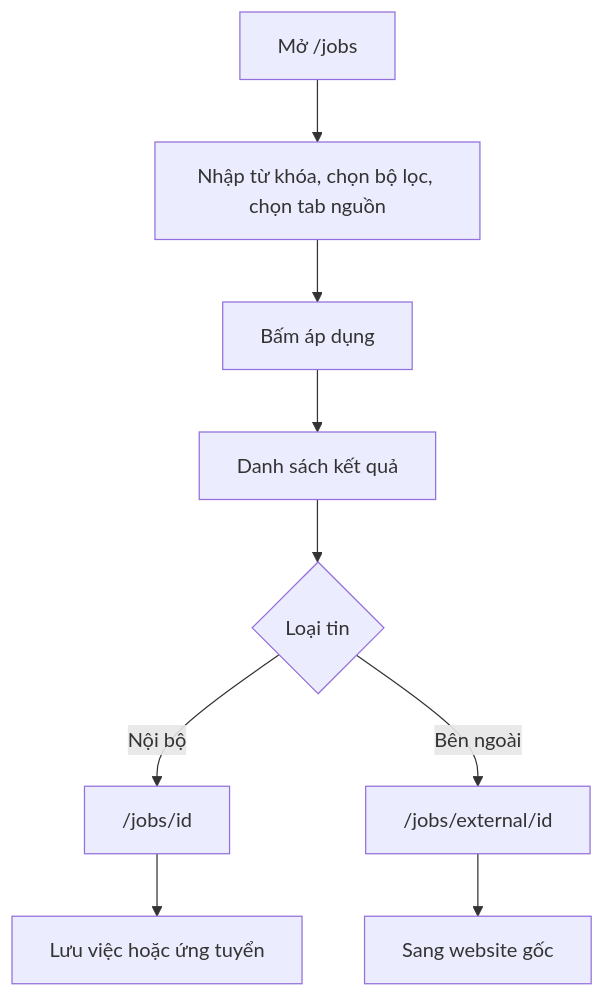
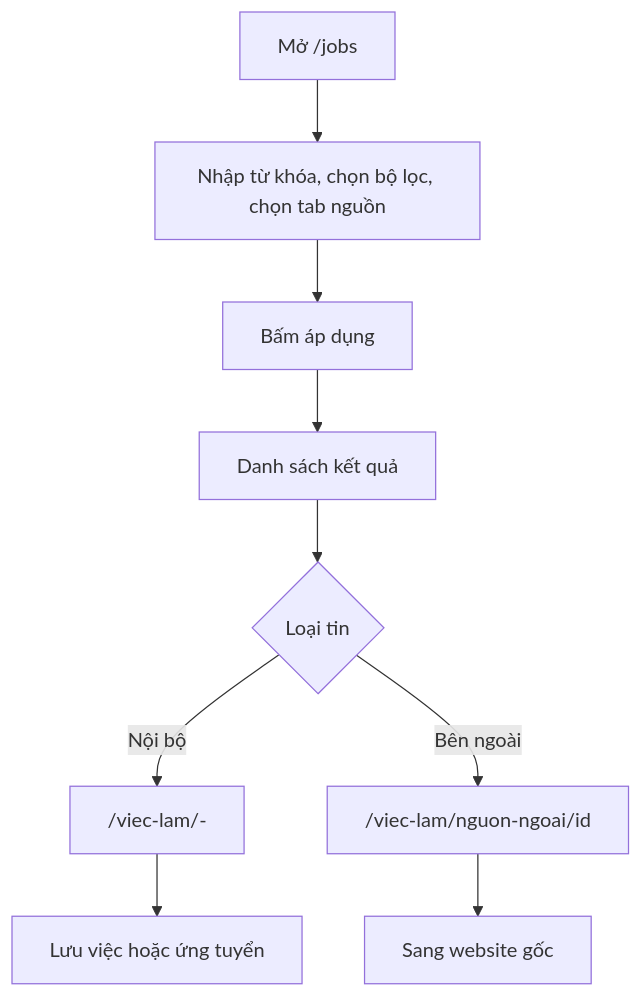
The diagram in docs/04-features/job-search.md (QuocDuy21-10/it-job-portal-fe), drawn with Mermaid before and after one commit. The commit also changed other lines of this file and 19 other files, not shown here.

````diff
--- a/docs/04-features/job-search.md
+++ b/docs/04-features/job-search.md
@@ -28,11 +28,11 @@
 ```mermaid
 flowchart TD
     Open["Mở /jobs"] --> Filter["Nhập từ khóa, chọn bộ lọc, chọn tab nguồn"]
     Filter --> Apply["Bấm áp dụng"]
     Apply --> List["Danh sách kết quả"]
     List --> Pick{"Loại tin"}
-    Pick -- "Nội bộ" --> Detail["/jobs/id"]
-    Pick -- "Bên ngoài" --> Ext["/jobs/external/id"]
+    Pick -- "Nội bộ" --> Detail["/viec-lam/<slug>-<id>"]
+    Pick -- "Bên ngoài" --> Ext["/viec-lam/nguon-ngoai/id"]
     Detail --> Apply2["Lưu việc hoặc ứng tuyển"]
     Ext --> Out["Sang website gốc"]
 ```
````
